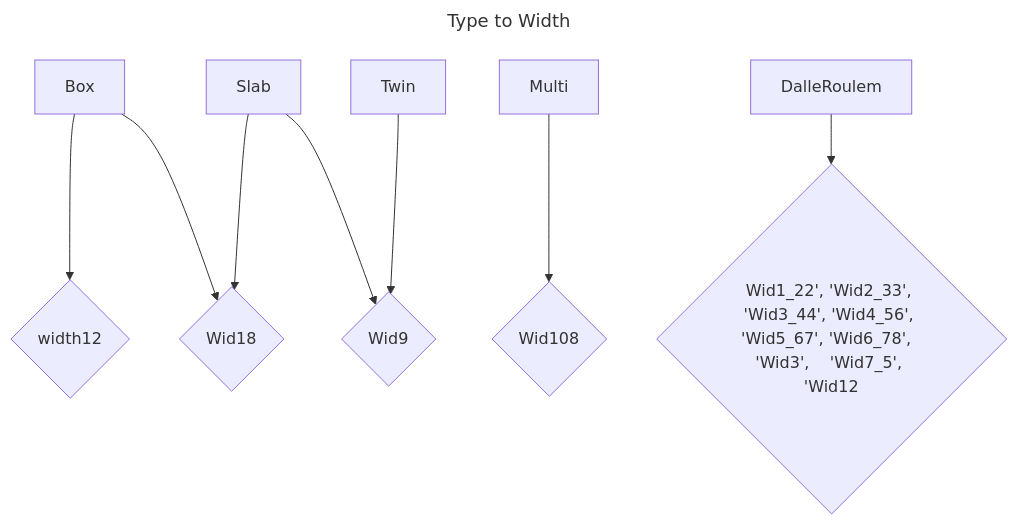
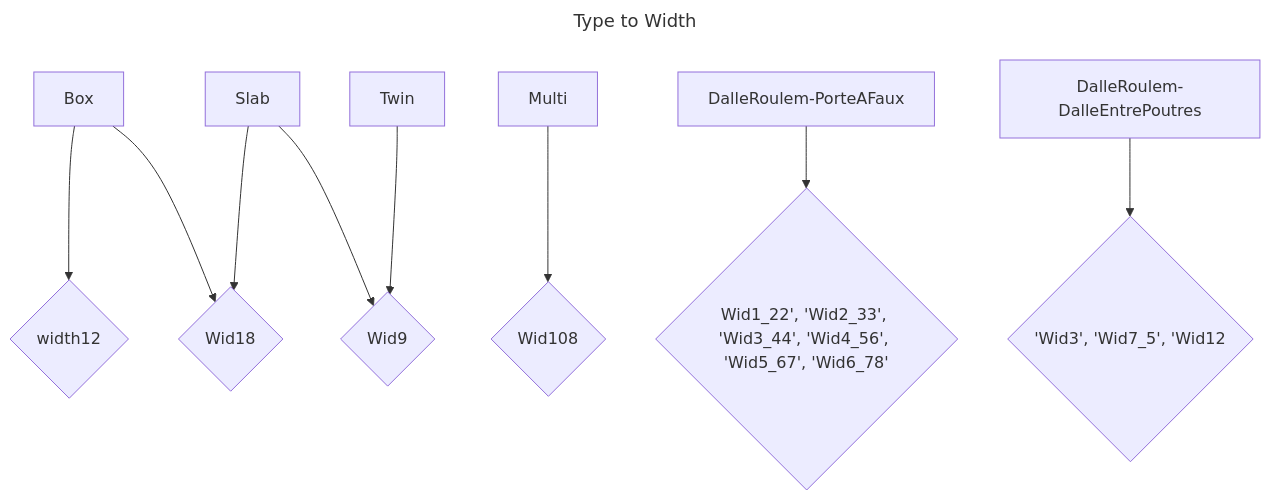
The second of 7 diagrams in README.md (EPFL-ENAC/resslab-astra_82001), drawn with Mermaid before and after one commit. The commit also changed other lines of this file, not shown here.

Commit message:
docs(README): add new graph

````diff
--- a/README.md
+++ b/README.md
@@ -77,14 +77,15 @@
 ```mermaid
 ---
 title: Type to Width
 ---
 
 graph TD
         A[Box] --> S1{width18}
         A[Box] --> S2{width12}
         B[Twin] --> S3{wid9}
         C[Multi] --> S4{Wid108}
         D[Slab] --> S3{Wid9}
         D[Slab] --> S1{Wid18}
-        E[DalleRoulem] --> S6{Wid1_22', 'Wid2_33', 'Wid3_44', 'Wid4_56', 'Wid5_67', 'Wid6_78',  'Wid3',    'Wid7_5', 'Wid12}
+        E[DalleRoulem-PorteAFaux] --> S6{Wid1_22', 'Wid2_33', 'Wid3_44', 'Wid4_56', 'Wid5_67', 'Wid6_78'}
+        F[DalleRoulem-DalleEntrePoutres] --> S7{ 'Wid3',    'Wid7_5', 'Wid12}
 ```
````
